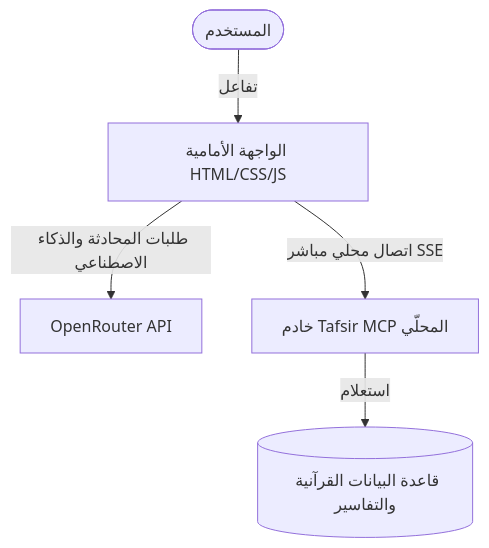
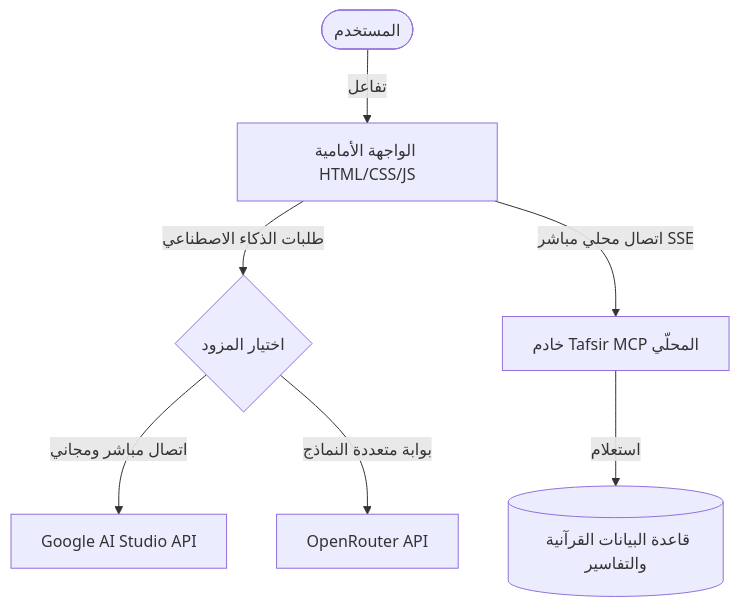
The diagram in README.md (alinice1998/Fasserly), drawn with Mermaid before and after one commit. The commit also changed other lines of this file and 2 other files, not shown here.

Commit message:
Add Google AI Studio provider alongside OpenRouter with multi-model support

````diff
--- a/README.md
+++ b/README.md
@@ -35,7 +38,9 @@
 ```mermaid
 graph TD
     User([المستخدم]) -->|تفاعل| Frontend[الواجهة الأمامية HTML/CSS/JS]
-    Frontend -->|طلبات المحادثة والذكاء الاصطناعي| OpenRouter[OpenRouter API]
+    Frontend -->|طلبات الذكاء الاصطناعي| Providers{اختيار المزود}
+    Providers -->|اتصال مباشر ومجاني| GoogleAI[Google AI Studio API]
+    Providers -->|بوابة متعددة النماذج| OpenRouter[OpenRouter API]
     Frontend -->|اتصال محلي مباشر SSE| PythonMCP[خادم Tafsir MCP المحلّي]
     PythonMCP -->|استعلام| DB[(قاعدة البيانات القرآنية والتفاسير)]
 ```
````
